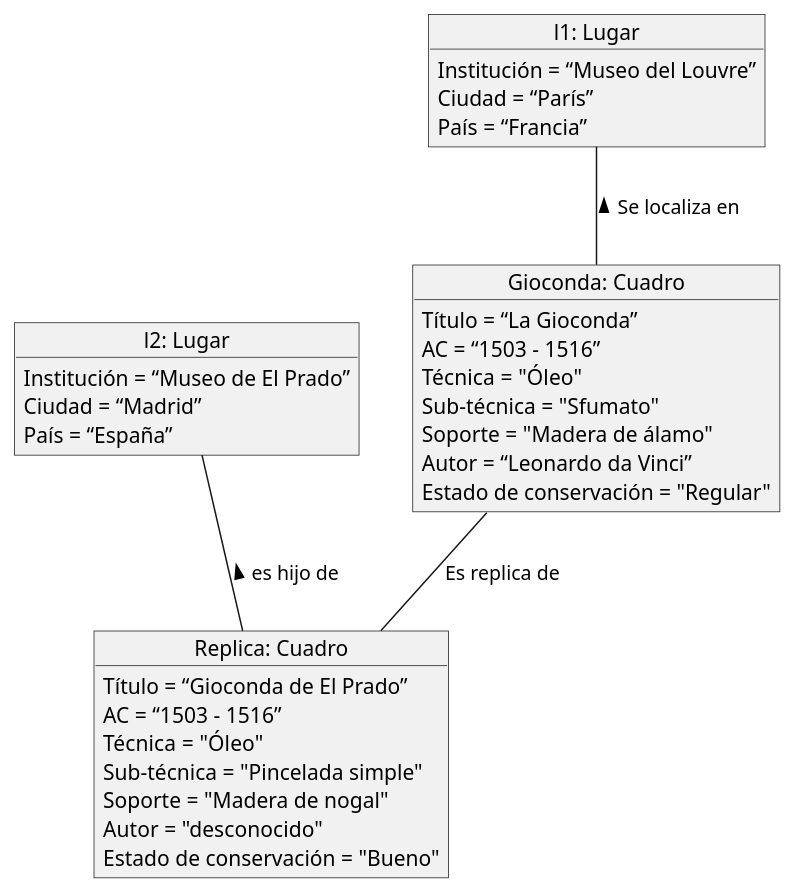
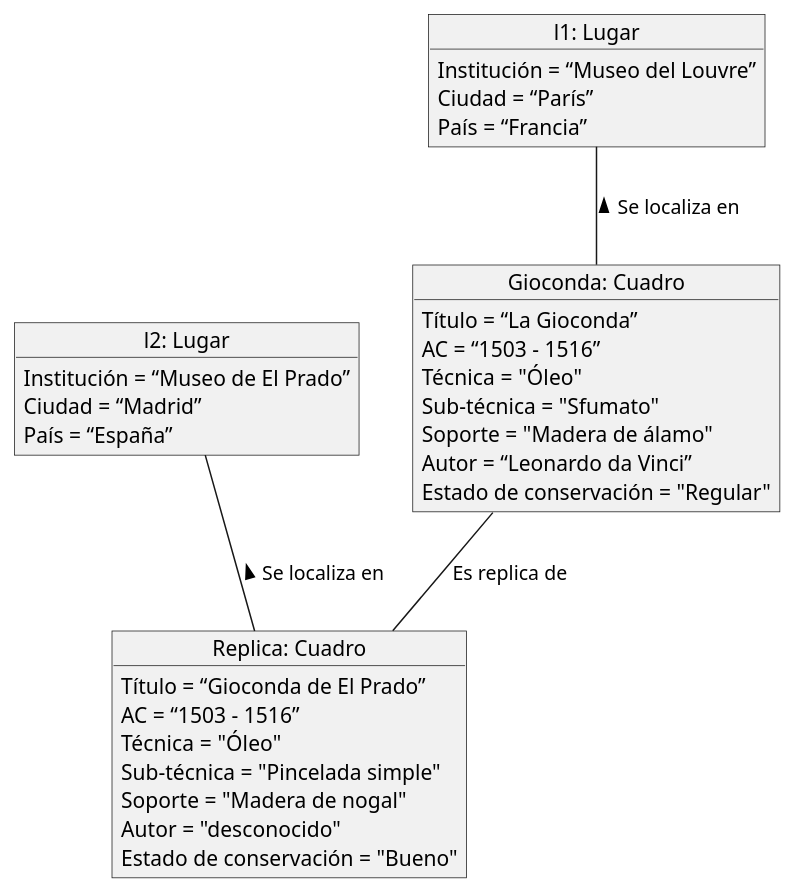
Before and after one commit to ElenaMegia/UMLs: the diagram in Ejercicio3.plantuml, drawn with PlantUML. The commit also changed 8 other files, not shown here.

```diff
--- a/Ejercicio3.plantuml
+++ b/Ejercicio3.plantuml
@@ -1,43 +1,43 @@
 @startuml
 object "Gioconda: Cuadro" as Gioconda{
 
     Título = “La Gioconda”
     AC = “1503 - 1516”
     Técnica = "Óleo"
     Sub-técnica = "Sfumato"
     Soporte = "Madera de álamo"
     Autor = “Leonardo da Vinci”
     Estado de conservación = "Regular"
 }
 
 object "Replica: Cuadro" as Replica {
 
     Título = “Gioconda de El Prado”
     AC = “1503 - 1516”
     Técnica = "Óleo"
     Sub-técnica = "Pincelada simple"
     Soporte = "Madera de nogal"
     Autor = "desconocido"
     Estado de conservación = "Bueno"
 }
 
 object "l1: Lugar" as l1{
 
     Institución = “Museo del Louvre”
     Ciudad = “París”
     País = “Francia”
 }
 
 object "l2: Lugar" as l2{
 
 Institución = “Museo de El Prado”
 Ciudad = “Madrid”
 País = “España”
 }
 
 l1 -- Gioconda:  < Se localiza en
-l2 -- Replica:  < es hijo de
+l2 -- Replica:  < Se localiza en
 Gioconda -- Replica:  Es replica de
 
 
 @enduml
```
